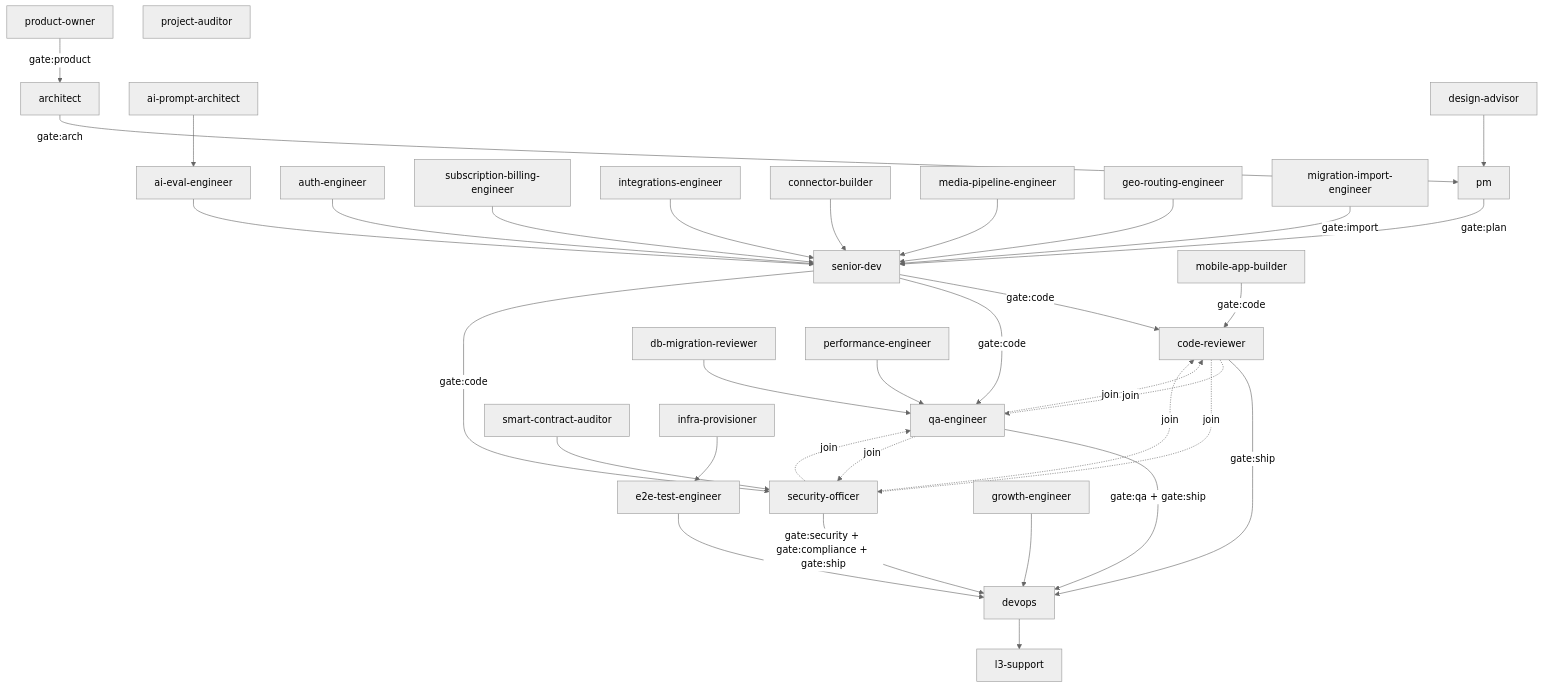
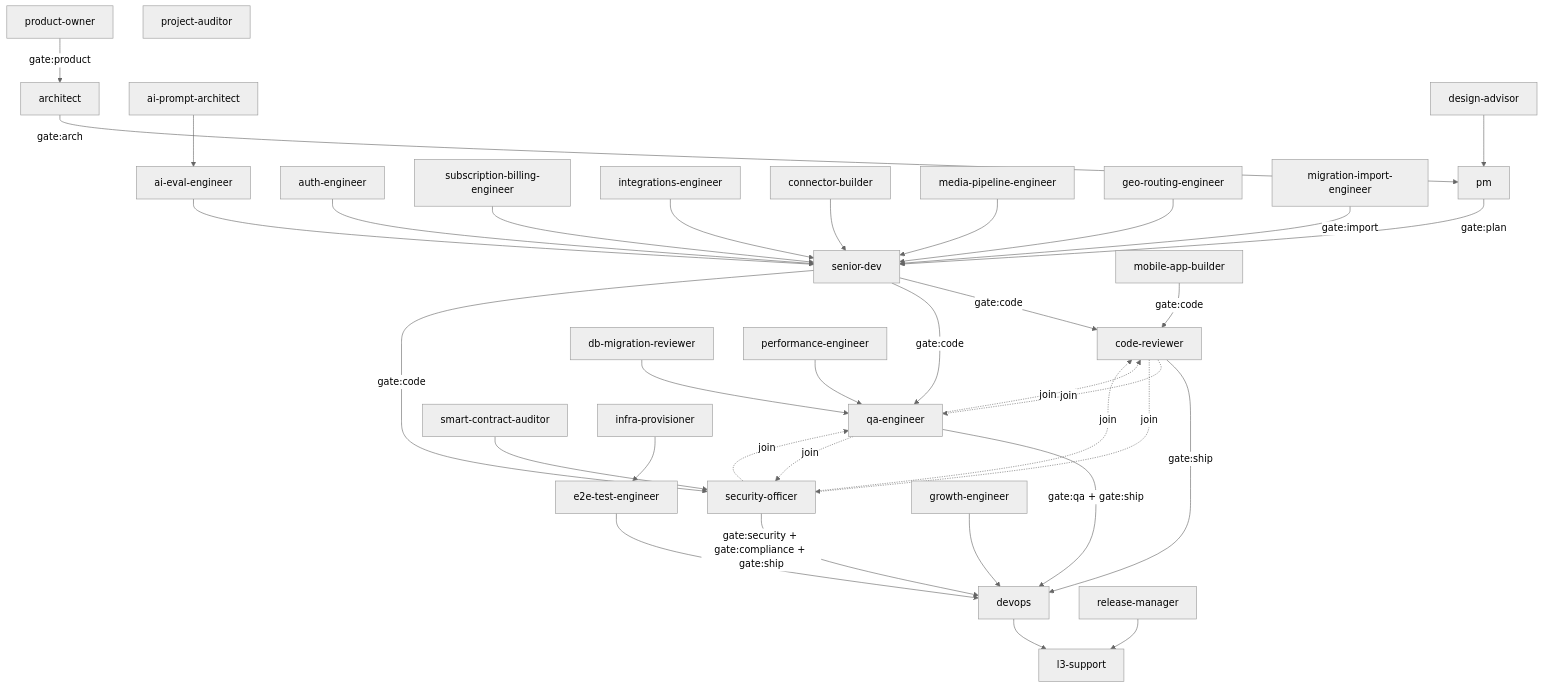
The second of 2 diagrams in docs/reference/architecture-map.md (avelikiy/great_cto), drawn with Mermaid (neutral theme) before and after one commit. The commit also changed other lines of this file and 49 other files, not shown here.

````diff
--- a/docs/reference/architecture-map.md
+++ b/docs/reference/architecture-map.md
@@ -56,63 +56,65 @@
 ```mermaid
 flowchart TD
   product_owner["product-owner"]
   architect["architect"]
   product_owner -->|gate:product| architect
   pm["pm"]
   architect -->|gate:arch| pm
   senior_dev["senior-dev"]
   pm -->|gate:plan| senior_dev
   code_reviewer["code-reviewer"]
   senior_dev -->|gate:code| code_reviewer
   qa_engineer["qa-engineer"]
   senior_dev -->|gate:code| qa_engineer
   security_officer["security-officer"]
   senior_dev -->|gate:code| security_officer
   devops["devops"]
   code_reviewer -->|gate:ship| devops
   qa_engineer -.->|join| code_reviewer
   security_officer -.->|join| code_reviewer
   qa_engineer -->|gate:qa + gate:ship| devops
   security_officer -.->|join| qa_engineer
   code_reviewer -.->|join| qa_engineer
   security_officer -->|gate:security + gate:compliance + gate:ship| devops
   qa_engineer -.->|join| security_officer
   code_reviewer -.->|join| security_officer
   l3_support["l3-support"]
   devops --> l3_support
+  release_manager["release-manager"]
+  release_manager --> l3_support
   project_auditor["project-auditor"]
   auth_engineer["auth-engineer"]
   auth_engineer --> senior_dev
   subscription_billing_engineer["subscription-billing-engineer"]
   subscription_billing_engineer --> senior_dev
   integrations_engineer["integrations-engineer"]
   integrations_engineer --> senior_dev
   connector_builder["connector-builder"]
   connector_builder --> senior_dev
   media_pipeline_engineer["media-pipeline-engineer"]
   media_pipeline_engineer --> senior_dev
   geo_routing_engineer["geo-routing-engineer"]
   geo_routing_engineer --> senior_dev
   mobile_app_builder["mobile-app-builder"]
   mobile_app_builder -->|gate:code| code_reviewer
   e2e_test_engineer["e2e-test-engineer"]
   e2e_test_engineer --> devops
   migration_import_engineer["migration-import-engineer"]
   migration_import_engineer -->|gate:import| senior_dev
   ai_prompt_architect["ai-prompt-architect"]
   ai_eval_engineer["ai-eval-engineer"]
   ai_prompt_architect --> ai_eval_engineer
   ai_eval_engineer --> senior_dev
   db_migration_reviewer["db-migration-reviewer"]
   db_migration_reviewer --> qa_engineer
   design_advisor["design-advisor"]
   design_advisor --> pm
   smart_contract_auditor["smart-contract-auditor"]
   smart_contract_auditor --> security_officer
   performance_engineer["performance-engineer"]
   performance_engineer --> qa_engineer
   infra_provisioner["infra-provisioner"]
   infra_provisioner --> e2e_test_engineer
   growth_engineer["growth-engineer"]
   growth_engineer --> devops
 ```
````
